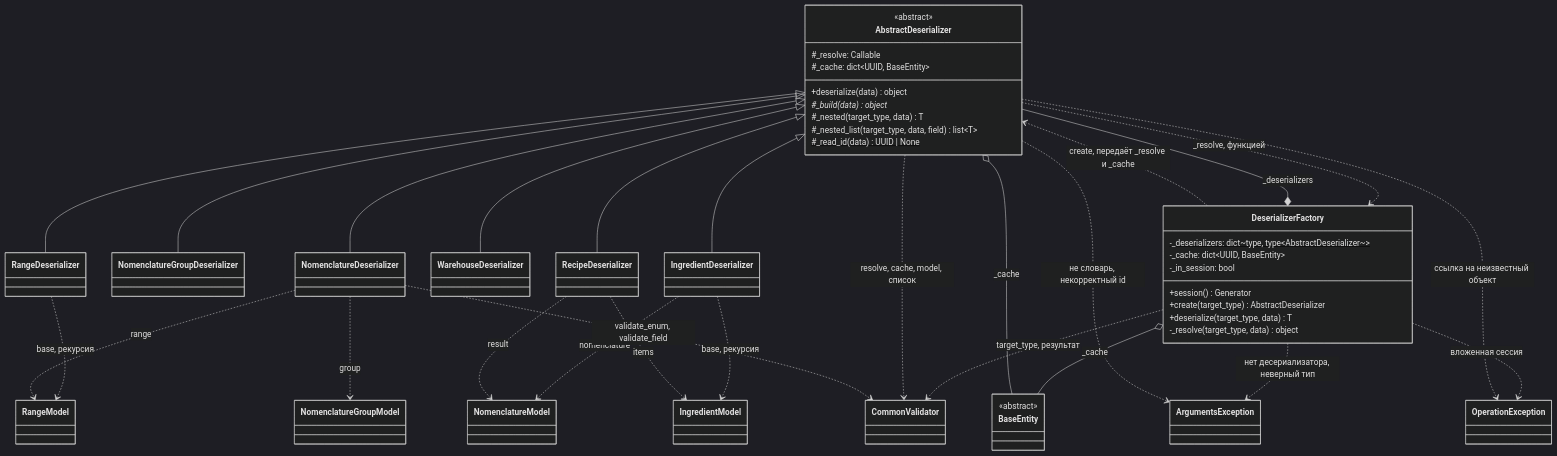
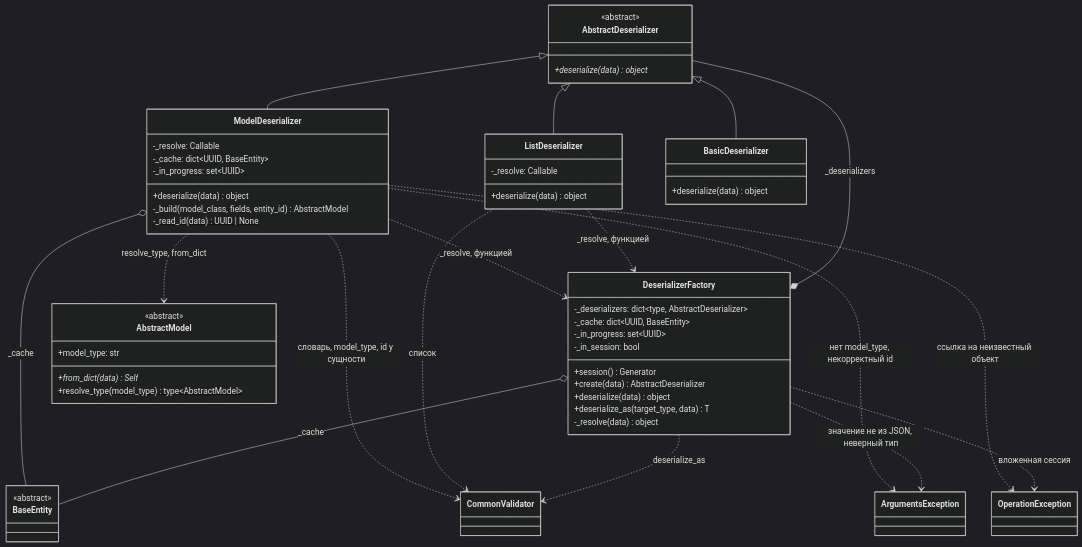
The ninth of 9 diagrams in Docs/ClassDiagram.md (asutenshi/design-patterns), drawn with Mermaid (dark theme) before and after one commit. The commit also changed other lines of this file and 28 other files, not shown here.

Commit message:
refactor: build models from JSON by model_type through their own from_dict factory methods

````diff
--- a/Docs/ClassDiagram.md
+++ b/Docs/ClassDiagram.md
@@ -895,66 +917,70 @@
 ```mermaid
 classDiagram
     direction TB
 
     class AbstractDeserializer {
         <<abstract>>
-        #_resolve: Callable
-        #_cache: dict~UUID, BaseEntity~
-        +deserialize(data) object
-        #_build(data)* object
-        #_nested(target_type, data) T
-        #_nested_list(target_type, data, field) list~T~
-        #_read_id(data)$ UUID | None
+        +deserialize(data)* object
     }
 
-    class RangeDeserializer
-    class NomenclatureGroupDeserializer
-    class NomenclatureDeserializer
-    class WarehouseDeserializer
-    class IngredientDeserializer
-    class RecipeDeserializer
+    class ModelDeserializer {
+        -_resolve: Callable
+        -_cache: dict~UUID, BaseEntity~
+        -_in_progress: set~UUID~
+        +deserialize(data) object
+        -_build(model_class, fields, entity_id) AbstractModel
+        -_read_id(data)$ UUID | None
+    }
+
+    class ListDeserializer {
+        -_resolve: Callable
+        +deserialize(data) object
+    }
+
+    class BasicDeserializer {
+        +deserialize(data) object
+    }
 
     class DeserializerFactory {
-        -_deserializers: dict~type, type~AbstractDeserializer~~$
+        -_deserializers: dict~type, AbstractDeserializer~
         -_cache: dict~UUID, BaseEntity~
+        -_in_progress: set~UUID~
         -_in_session: bool
         +session() Generator
-        +create(target_type) AbstractDeserializer
-        +deserialize(target_type, data) T
-        -_resolve(target_type, data) object
+        +create(data) AbstractDeserializer
+        +deserialize(data) object
+        +deserialize_as(target_type, data) T
+        -_resolve(data) object
     }
 
+    class AbstractModel {
+        <<abstract>>
+        +model_type: str
+        +from_dict(data)* Self
+        +resolve_type(model_type)$ type~AbstractModel~
+    }
     class BaseEntity {
         <<abstract>>
     }
     class CommonValidator
     class ArgumentsException
     class OperationException
 
-    AbstractDeserializer <|-- RangeDeserializer
-    AbstractDeserializer <|-- NomenclatureGroupDeserializer
-    AbstractDeserializer <|-- NomenclatureDeserializer
-    AbstractDeserializer <|-- WarehouseDeserializer
-    AbstractDeserializer <|-- IngredientDeserializer
-    AbstractDeserializer <|-- RecipeDeserializer
+    AbstractDeserializer <|-- ModelDeserializer
+    AbstractDeserializer <|-- ListDeserializer
+    AbstractDeserializer <|-- BasicDeserializer
 
-    RangeDeserializer ..> RangeModel : base, рекурсия
-    NomenclatureDeserializer ..> NomenclatureGroupModel : group
-    NomenclatureDeserializer ..> RangeModel : range
-    IngredientDeserializer ..> NomenclatureModel : nomenclature
-    IngredientDeserializer ..> IngredientModel : base, рекурсия
-    RecipeDeserializer ..> NomenclatureModel : result
-    RecipeDeserializer ..> IngredientModel : items
     DeserializerFactory *-- AbstractDeserializer : _deserializers
-    DeserializerFactory ..> AbstractDeserializer : create, передаёт _resolve и _cache
-    AbstractDeserializer ..> DeserializerFactory : _resolve, функцией
+    ModelDeserializer ..> DeserializerFactory : _resolve, функцией
+    ListDeserializer ..> DeserializerFactory : _resolve, функцией
+    ModelDeserializer ..> AbstractModel : resolve_type, from_dict
+    ModelDeserializer o-- BaseEntity : _cache
     DeserializerFactory o-- BaseEntity : _cache
-    DeserializerFactory ..> CommonValidator : target_type, результат
-    DeserializerFactory ..> ArgumentsException : нет десериализатора, неверный тип
+    ModelDeserializer ..> CommonValidator : словарь, model_type, id у сущности
+    ListDeserializer ..> CommonValidator : список
+    DeserializerFactory ..> CommonValidator : deserialize_as
+    ModelDeserializer ..> ArgumentsException : нет model_type, некорректный id
+    ModelDeserializer ..> OperationException : ссылка на неизвестный объект
+    DeserializerFactory ..> ArgumentsException : значение не из JSON, неверный тип
     DeserializerFactory ..> OperationException : вложенная сессия
-    AbstractDeserializer o-- BaseEntity : _cache
-    AbstractDeserializer ..> CommonValidator : resolve, cache, model, список
-    NomenclatureDeserializer ..> CommonValidator : validate_enum, validate_field
-    AbstractDeserializer ..> ArgumentsException : не словарь, некорректный id
-    AbstractDeserializer ..> OperationException : ссылка на неизвестный объект
 ```
````
